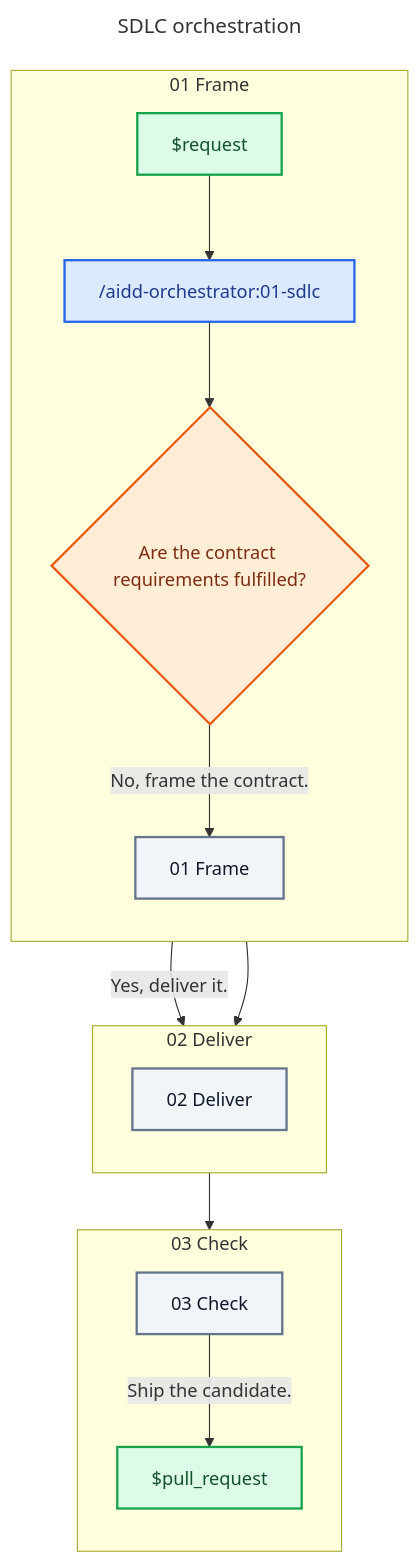
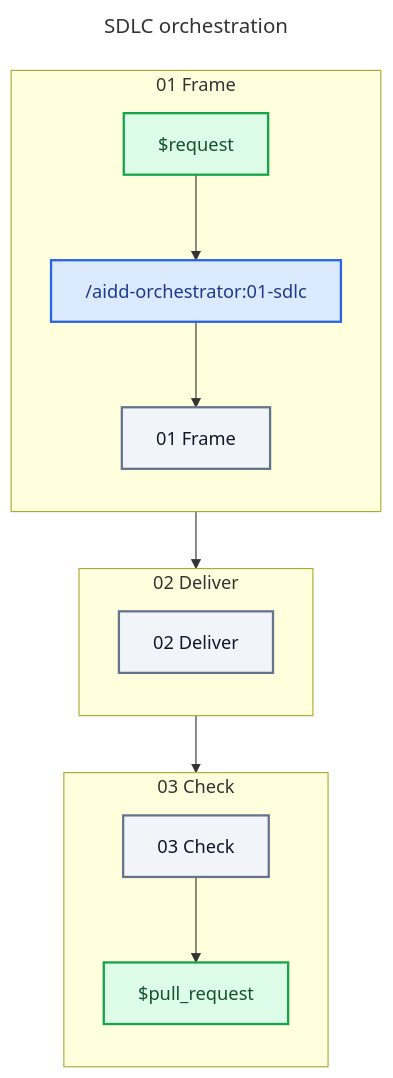
The diagram in plugins/aidd-orchestrator/skills/01-sdlc/SKILL.md (ai-driven-dev/aidd-framework), drawn with Mermaid before and after one commit. The commit also changed other lines of this file and 7 other files, not shown here.

````diff
--- a/plugins/aidd-orchestrator/skills/01-sdlc/SKILL.md
+++ b/plugins/aidd-orchestrator/skills/01-sdlc/SKILL.md
@@ -14,42 +14,37 @@
 ```mermaid
 ---
 title: SDLC orchestration
 ---
 flowchart TD
   subgraph FrameStage["01 Frame"]
     direction TB
     Request["$request"]
     Sdlc["/aidd-orchestrator:01-sdlc"]
-    Ready{"Are the contract requirements fulfilled?"}
     Frame["01 Frame"]
   end
 
   subgraph DeliverStage["02 Deliver"]
     direction TB
     Deliver["02 Deliver"]
   end
 
   subgraph CheckStage["03 Check"]
     direction TB
     Check["03 Check"]
     PullRequest["$pull_request"]
   end
 
   Request --> Sdlc
-  Sdlc --> Ready
-  Ready -- "No, frame the contract." --> Frame
-  Ready -- "Yes, deliver it." --> Deliver
+  Sdlc --> Frame
   Frame --> Deliver
   Deliver --> Check
-  Check -- "Ship the candidate." --> PullRequest
+  Check --> PullRequest
 
   classDef skill fill:#DBEAFE,stroke:#2563EB,color:#1E3A8A,stroke-width:2px
   classDef artifact fill:#DCFCE7,stroke:#16A34A,color:#14532D,stroke-width:2px
-  classDef decision fill:#FFEDD5,stroke:#EA580C,color:#7C2D12,stroke-width:2px
   classDef zone fill:#F1F5F9,stroke:#64748B,color:#0F172A,stroke-width:2px
 
   class Sdlc skill
   class Request,PullRequest artifact
-  class Ready decision
   class Frame,Deliver,Check zone
 ```
````
